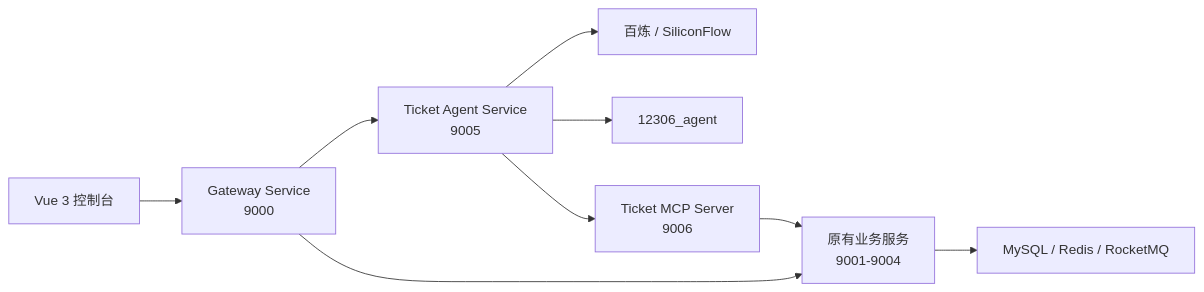
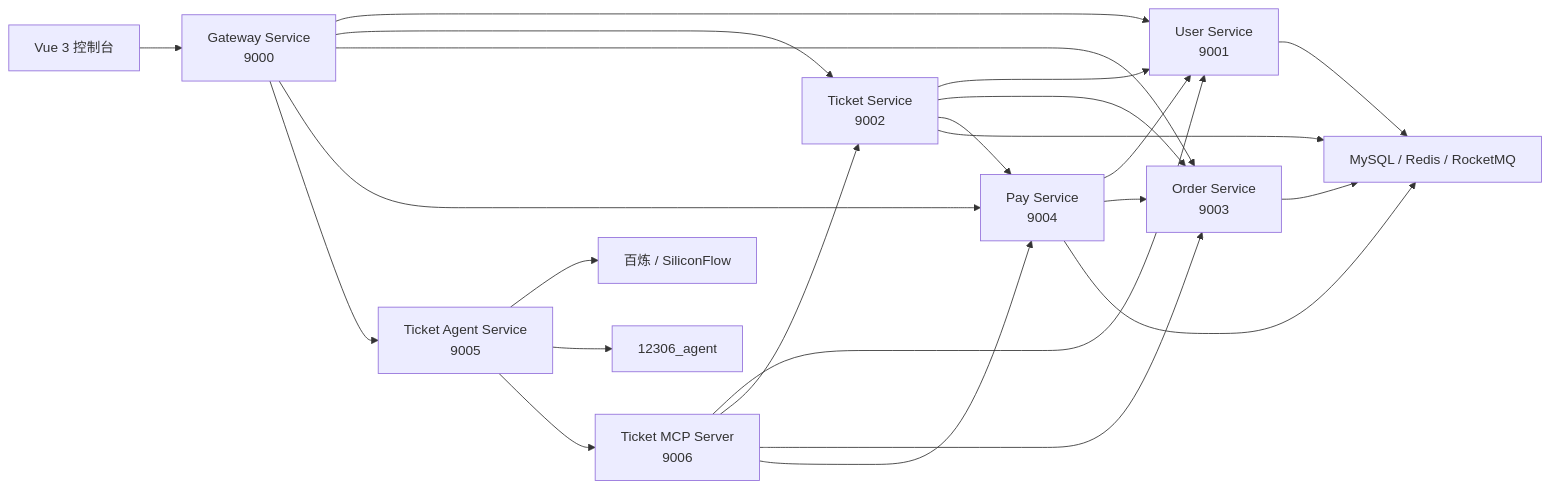
One commit to zhangkp702-stack/Intelligent-ticketing-platform changed the second of 2 diagrams in README.md. Above: the diagram before and after it, drawn with Mermaid. The commit also changed other lines of this file, not shown here.

````diff
--- a/README.md
+++ b/README.md
@@ -19,11 +50,25 @@
 ```mermaid
 flowchart LR
     UI["Vue 3 控制台"] --> GW["Gateway Service<br/>9000"]
+    GW --> USER["User Service<br/>9001"]
+    GW --> TICKET["Ticket Service<br/>9002"]
+    GW --> ORDER["Order Service<br/>9003"]
+    GW --> PAY["Pay Service<br/>9004"]
     GW --> AGENT["Ticket Agent Service<br/>9005"]
-    GW --> BIZ["原有业务服务<br/>9001-9004"]
     AGENT --> MODEL["百炼 / SiliconFlow"]
     AGENT --> AGENT_DB["12306_agent"]
     AGENT --> MCP["Ticket MCP Server<br/>9006"]
-    MCP --> BIZ
-    BIZ --> INFRA["MySQL / Redis / RocketMQ"]
+    MCP --> USER
+    MCP --> TICKET
+    MCP --> ORDER
+    MCP --> PAY
+    TICKET --> USER
+    TICKET --> ORDER
+    TICKET --> PAY
+    PAY --> USER
+    PAY --> ORDER
+    USER --> INFRA["MySQL / Redis / RocketMQ"]
+    TICKET --> INFRA
+    ORDER --> INFRA
+    PAY --> INFRA
 ```
````
